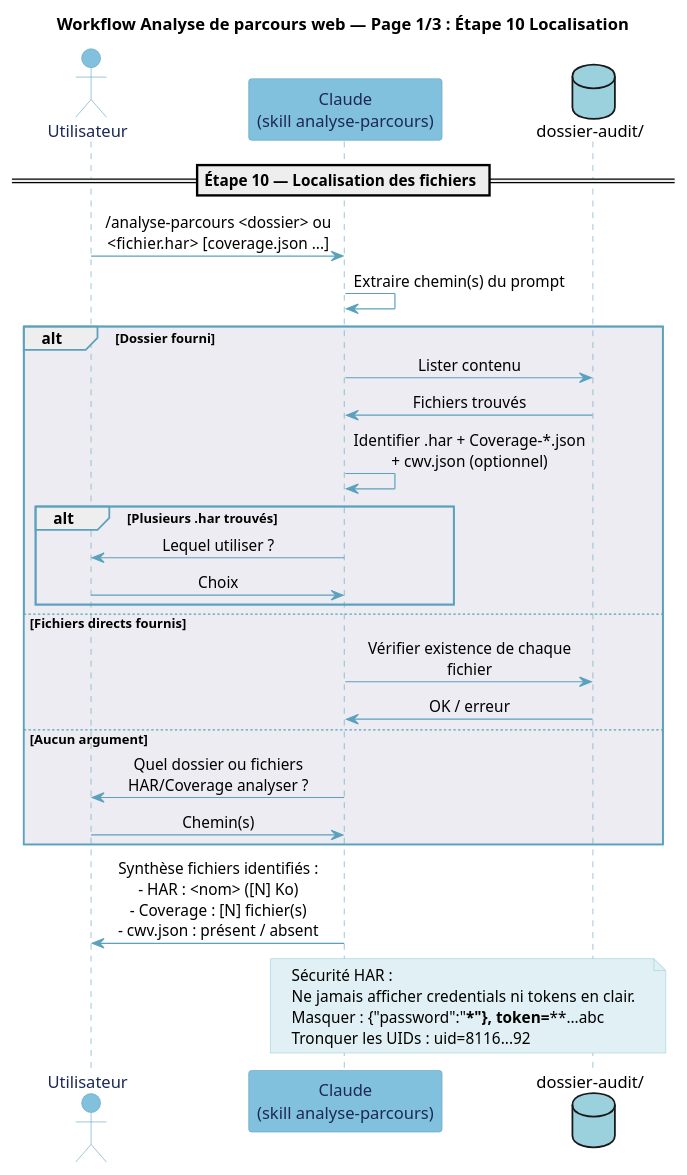
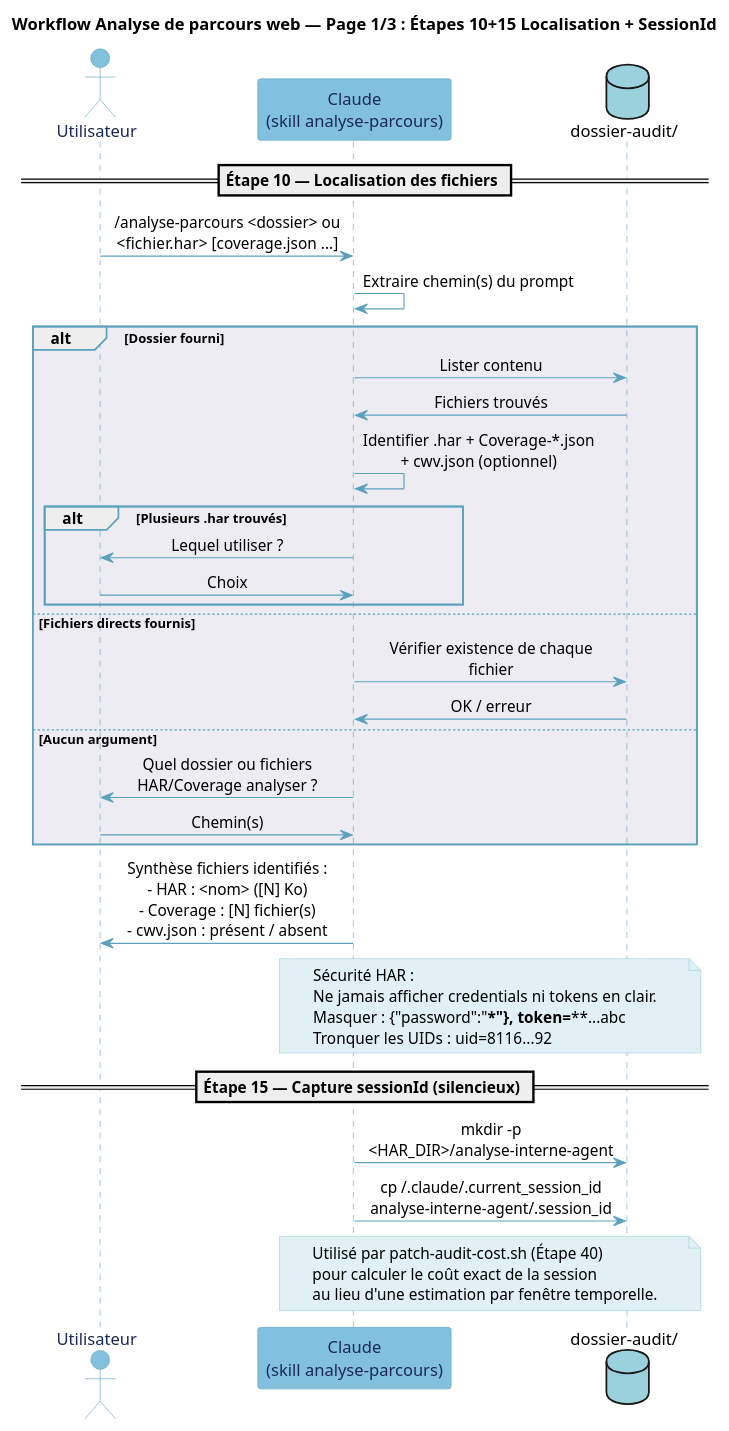
Before and after one commit to Boavizta/eroom: the first of 5 diagrams in .claude/skills/diagrammes-analyse-parcours/SKILL.md, drawn with PlantUML. The commit also changed other lines of this file and 1 other file, not shown here.

Commit message:
feat(sessionId): capture sessionId dans skill analyse-parcours + mise à jour diagrammes p1

````diff
--- a/.claude/skills/diagrammes-analyse-parcours/SKILL.md
+++ b/.claude/skills/diagrammes-analyse-parcours/SKILL.md
@@ -75,61 +75,72 @@
 ```plantuml
 @startuml analyse-parcours-p1
-title Workflow Analyse de parcours web — Page 1/3 : Étape 10 Localisation
+title Workflow Analyse de parcours web — Page 1/3 : Étapes 10+15 Localisation + SessionId
 
 skinparam backgroundColor #FFFFFF
 skinparam participant {
   BackgroundColor #E0F0F4
   BorderColor #5BA1BC
   FontColor #1C2856
 }
 skinparam actor {
   BackgroundColor #E0F0F4
   BorderColor #5BA1BC
   FontColor #1C2856
 }
 skinparam ArrowColor #5BA1BC
 skinparam SequenceLifeLineBorderColor #5BA1BC
 skinparam SequenceGroupBodyBackgroundColor #ECECF2
 skinparam SequenceGroupBorderColor #5BA1BC
 skinparam NoteBackgroundColor #E0F0F4
 skinparam NoteBorderColor #9BD0DD
 skinparam sequenceMessageAlign center
 skinparam maxMessageSize 200
 skinparam responseMessageBelowArrow true
 
 actor "Utilisateur" as U #82C1DD
 participant "Claude\n(skill analyse-parcours)" as C #82C1DD
 database "dossier-audit/" as FS #9BD0DD
 
 == Étape 10 — Localisation des fichiers ==
 
 U -> C : /analyse-parcours <dossier> ou <fichier.har> [coverage.json ...]
 C -> C : Extraire chemin(s) du prompt
 
 alt Dossier fourni
   C -> FS : Lister contenu
   FS -> C : Fichiers trouvés
   C -> C : Identifier .har + Coverage-*.json + cwv.json (optionnel)
   alt Plusieurs .har trouvés
     C -> U : Lequel utiliser ?
     U -> C : Choix
   end
 else Fichiers directs fournis
   C -> FS : Vérifier existence de chaque fichier
   FS -> C : OK / erreur
 else Aucun argument
   C -> U : Quel dossier ou fichiers HAR/Coverage analyser ?
   U -> C : Chemin(s)
 end
 
 C -> U : Synthèse fichiers identifiés :\n- HAR : <nom> ([N] Ko)\n- Coverage : [N] fichier(s)\n- cwv.json : présent / absent
 
 note over C, FS
   Sécurité HAR :
   Ne jamais afficher credentials ni tokens en clair.
   Masquer : {"password":"***"}, token=****...abc
   Tronquer les UIDs : uid=8116...92
 end note
 
+== Étape 15 — Capture sessionId (silencieux) ==
+
+C -> FS : mkdir -p <HAR_DIR>/analyse-interne-agent
+C -> FS : cp ~/.claude/.current_session_id\nanalyse-interne-agent/.session_id
+
+note over C, FS
+  Utilisé par patch-audit-cost.sh (Étape 40)
+  pour calculer le coût exact de la session
+  au lieu d'une estimation par fenêtre temporelle.
+end note
+
 @enduml
 ```
````
